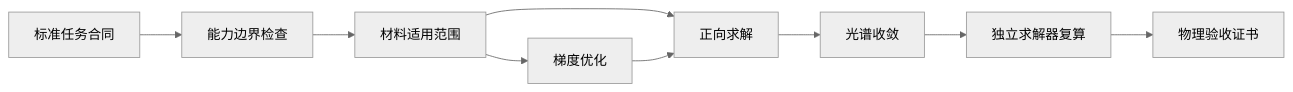
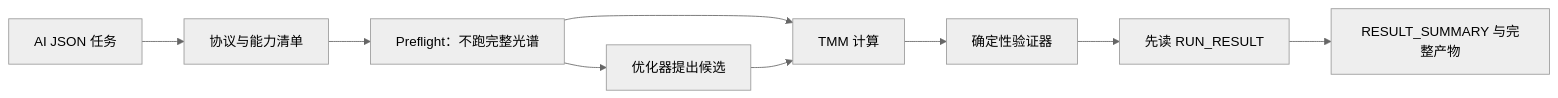
The diagram in README.zh-CN.md (Lihonggang-scnu/VeriTMM), drawn with Mermaid (neutral theme) before and after one commit. The commit also changed other lines of this file and 185 other files, not shown here.

````diff
--- a/README.zh-CN.md
+++ b/README.zh-CN.md
@@ -135,11 +229,11 @@
 ```mermaid
 flowchart LR
-    A[标准任务合同] --> B[能力边界检查]
-    B --> C[材料适用范围]
-    C --> D[正向求解]
-    C --> O[梯度优化]
+    A[AI JSON 任务] --> B[协议与能力清单]
+    B --> C[Preflight：不跑完整光谱]
+    C --> D[TMM 计算]
+    C --> O[优化器提出候选]
     O --> D
-    D --> E[光谱收敛]
-    E --> F[独立求解器复算]
-    F --> G[物理验收证书]
+    D --> E[确定性验证器]
+    E --> F[先读 RUN_RESULT]
+    F --> G[RESULT_SUMMARY 与完整产物]
 ```
````
